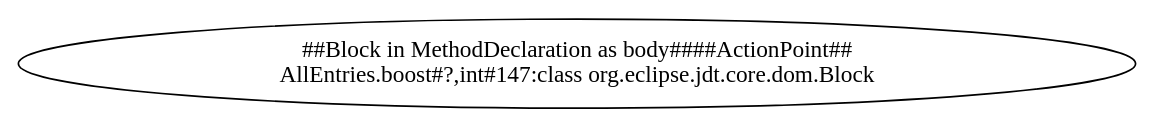
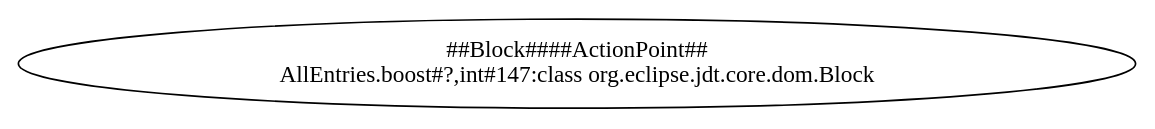
Before and after one commit to ssmingz/FixGen: the diagram in codegraph/out/pattern_EmptyCheck10.dot, drawn with Graphviz. The commit also changed 19 other files, not shown here.

```diff
--- a/codegraph/out/pattern_EmptyCheck10.dot
+++ b/codegraph/out/pattern_EmptyCheck10.dot
@@ -1,3 +1,3 @@
 digraph "Pattern" {
-0 [label="##Block in MethodDeclaration as body####ActionPoint##\nAllEntries.boost#?,int#147:class org.eclipse.jdt.core.dom.Block" shape=ellipse]
+0 [label="##Block####ActionPoint##\nAllEntries.boost#?,int#147:class org.eclipse.jdt.core.dom.Block" shape=ellipse]
 }
```
